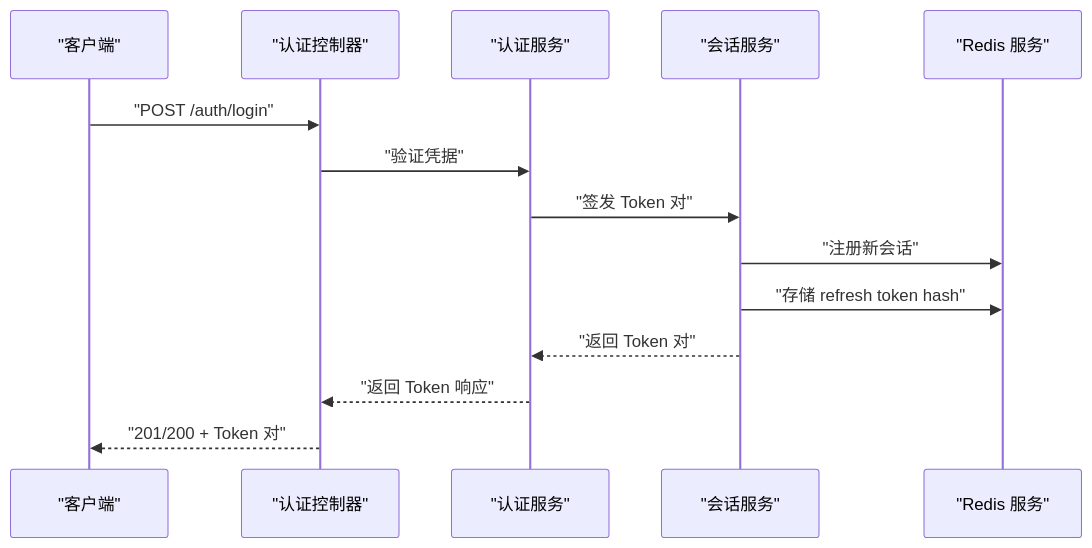
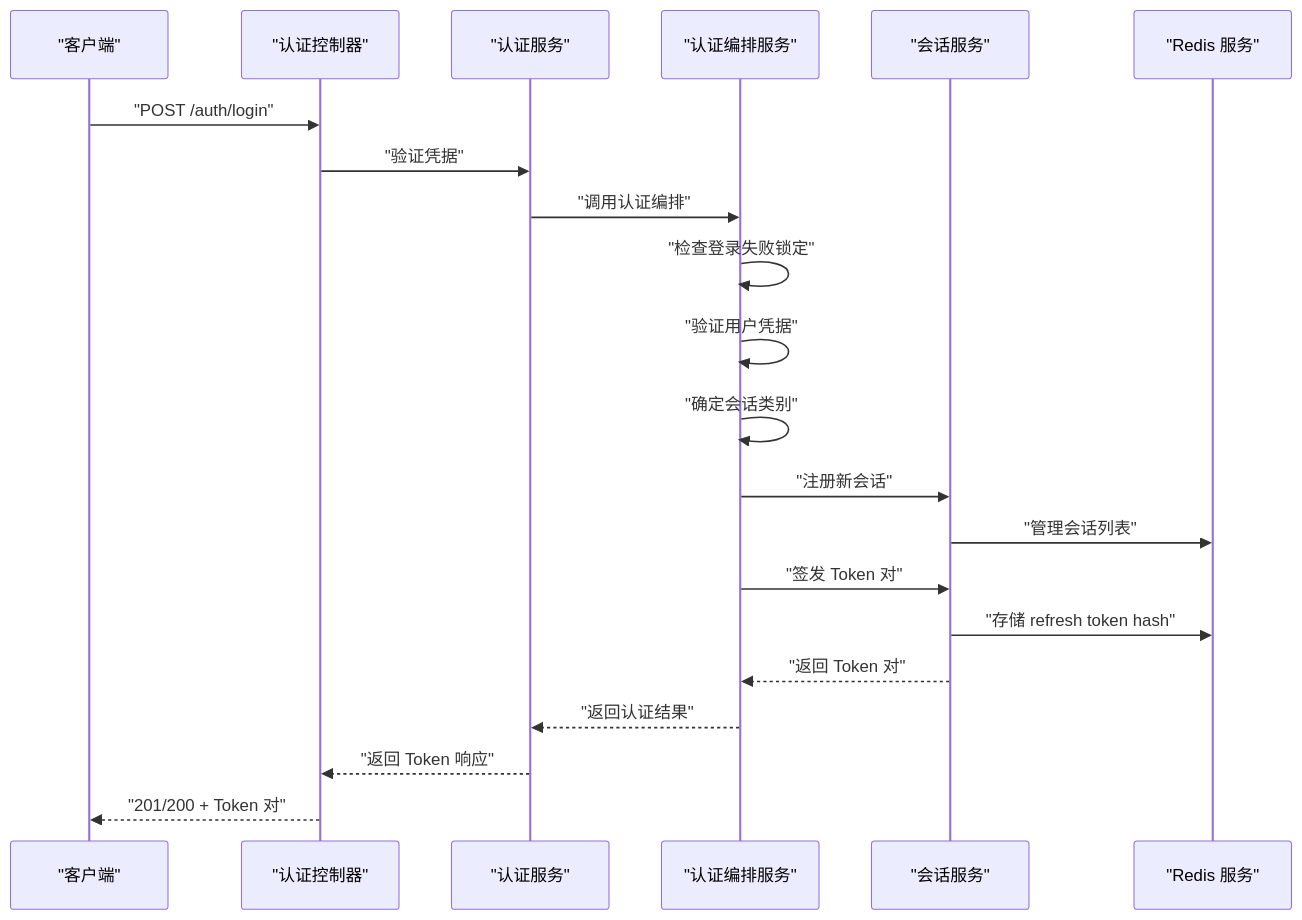
The sixth of 14 diagrams in .qoder/repowiki/zh/content/认证授权系统/JWT 认证机制.md (rc558620/purelyprofit-server), drawn with Mermaid before and after one commit. The commit also changed other lines of this file and 164 other files, not shown here.

````diff
--- a/.qoder/repowiki/zh/content/认证授权系统/JWT 认证机制.md
+++ b/.qoder/repowiki/zh/content/认证授权系统/JWT 认证机制.md
@@ -215,16 +241,23 @@
 ```mermaid
 sequenceDiagram
 participant Client as "客户端"
 participant Ctrl as "认证控制器"
 participant AuthSvc as "认证服务"
+participant AuthnSvc as "认证编排服务"
 participant SessionSvc as "会话服务"
 participant Redis as "Redis 服务"
 Client->>Ctrl : "POST /auth/login"
 Ctrl->>AuthSvc : "验证凭据"
-AuthSvc->>SessionSvc : "签发 Token 对"
-SessionSvc->>Redis : "注册新会话"
+AuthSvc->>AuthnSvc : "调用认证编排"
+AuthnSvc->>AuthnSvc : "检查登录失败锁定"
+AuthnSvc->>AuthnSvc : "验证用户凭据"
+AuthnSvc->>AuthnSvc : "确定会话类别"
+AuthnSvc->>SessionSvc : "注册新会话"
+SessionSvc->>Redis : "管理会话列表"
+AuthnSvc->>SessionSvc : "签发 Token 对"
 SessionSvc->>Redis : "存储 refresh token hash"
-SessionSvc-->>AuthSvc : "返回 Token 对"
+SessionSvc-->>AuthnSvc : "返回 Token 对"
+AuthnSvc-->>AuthSvc : "返回认证结果"
 AuthSvc-->>Ctrl : "返回 Token 响应"
 Ctrl-->>Client : "201/200 + Token 对"
 ```
````
